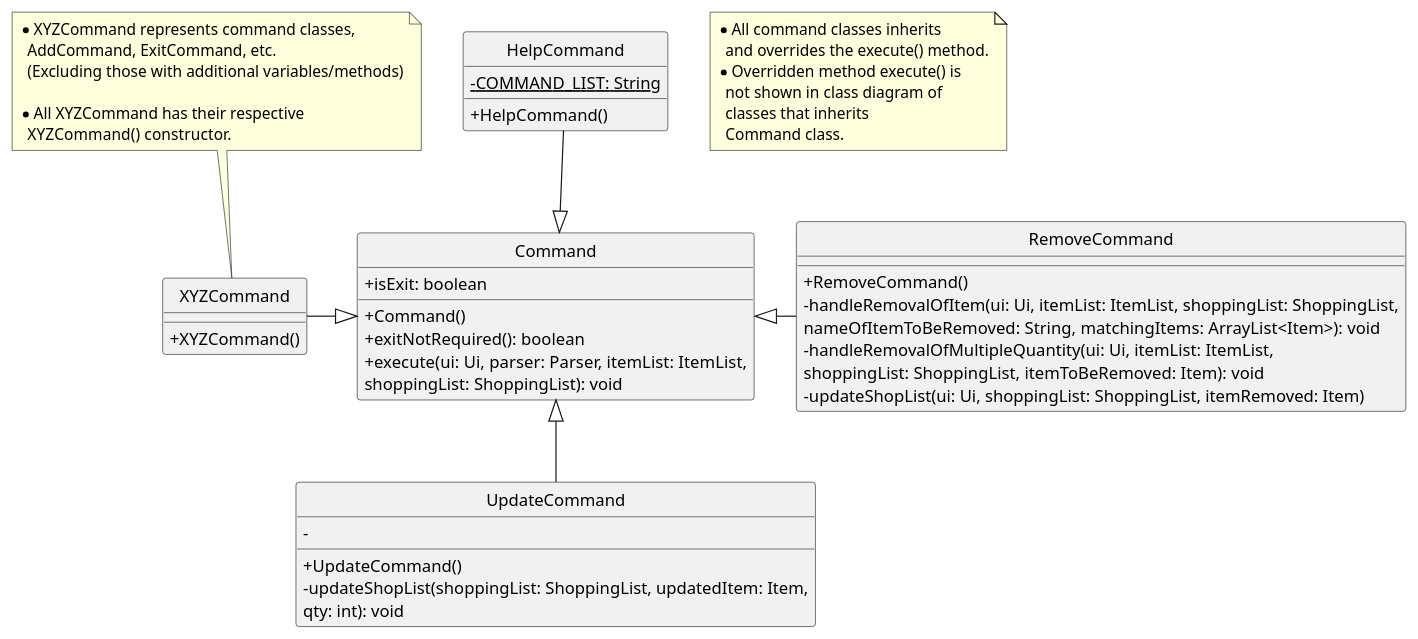
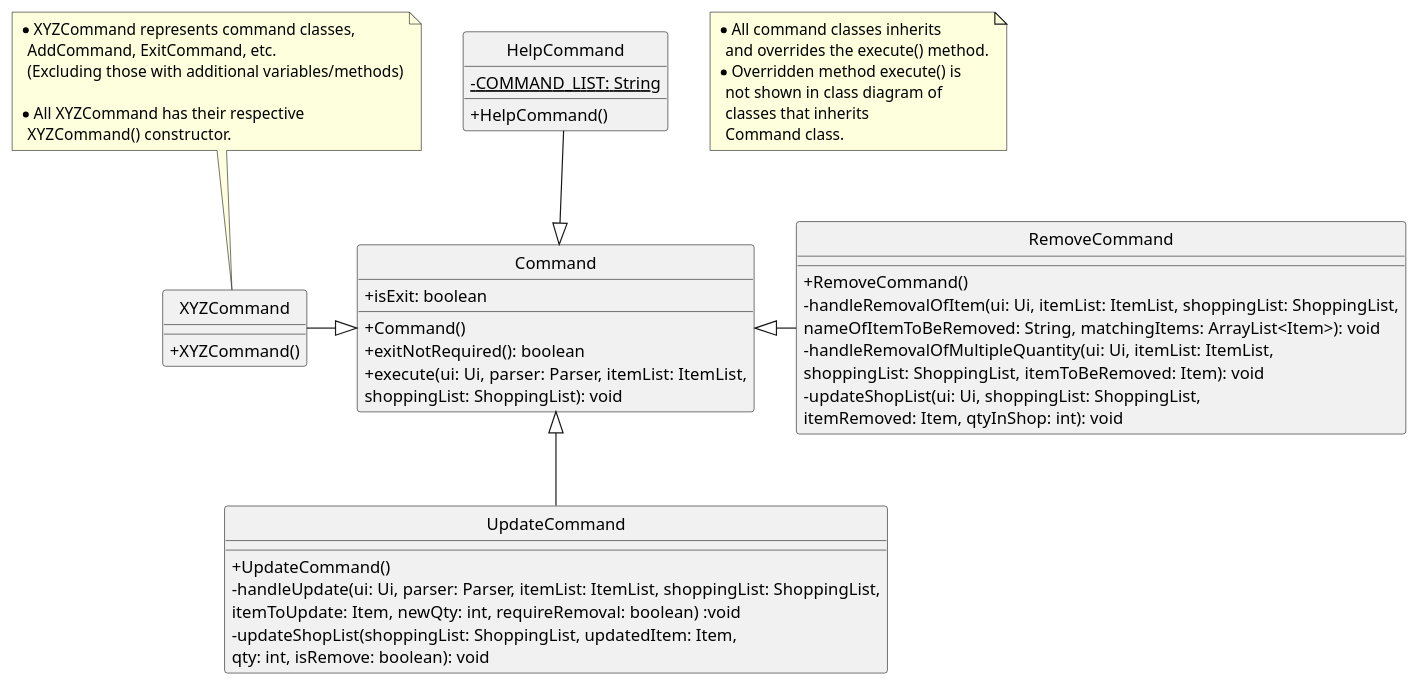
Before and after one commit to uosjapuelks/tp: the diagram in docs/pumlFiles/Command.puml, drawn with PlantUML. The commit also changed 1 other file, not shown here.

Commit message:
Update command class diagram

```diff
--- a/docs/pumlFiles/Command.puml
+++ b/docs/pumlFiles/Command.puml
@@ -1,66 +1,68 @@
 @startuml
 hide circle
 skinparam classAttributeIconSize 0
 
 class Command
 class HelpCommand
 class RemoveCommand
 class UpdateCommand
 
 
 Command <|-up- HelpCommand
 Command <|-right- RemoveCommand
 Command <|-left- XYZCommand
 Command <|-down- UpdateCommand
 
 class Command {
 +isExit: boolean
 +Command()
 +exitNotRequired(): boolean
 +execute(ui: Ui, parser: Parser, itemList: ItemList,
 shoppingList: ShoppingList): void
 }
 
 note top of XYZCommand
  * XYZCommand represents command classes,
    AddCommand, ExitCommand, etc.
    (Excluding those with additional variables/methods)
 
  * All XYZCommand has their respective
    XYZCommand() constructor.
 end note
 class XYZCommand {
 +XYZCommand()
 }
 
 class HelpCommand {
 -{static} COMMAND_LIST: String
 +HelpCommand()
 }
 
 class RemoveCommand {
 +RemoveCommand()
 -handleRemovalOfItem(ui: Ui, itemList: ItemList, shoppingList: ShoppingList,
  nameOfItemToBeRemoved: String, matchingItems: ArrayList<Item>): void
 -handleRemovalOfMultipleQuantity(ui: Ui, itemList: ItemList,
  shoppingList: ShoppingList, itemToBeRemoved: Item): void
--updateShopList(ui: Ui, shoppingList: ShoppingList, itemRemoved: Item)
+-updateShopList(ui: Ui, shoppingList: ShoppingList,
+ itemRemoved: Item, qtyInShop: int): void
 }
 
 class UpdateCommand {
 +UpdateCommand()
--
+-handleUpdate(ui: Ui, parser: Parser, itemList: ItemList, shoppingList: ShoppingList,
+ itemToUpdate: Item, newQty: int, requireRemoval: boolean) :void
 -updateShopList(shoppingList: ShoppingList, updatedItem: Item,
- qty: int): void
+ qty: int, isRemove: boolean): void
 }
 
 note as N1
 * All command classes inherits
   and overrides the execute() method.
 * Overridden method execute() is
   not shown in class diagram of
   classes that inherits
   Command class.
 end note
 
 @enduml
```
